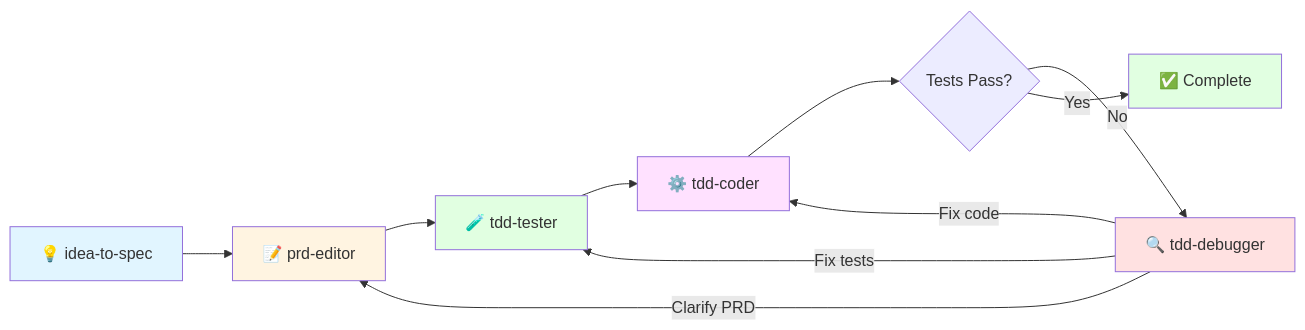
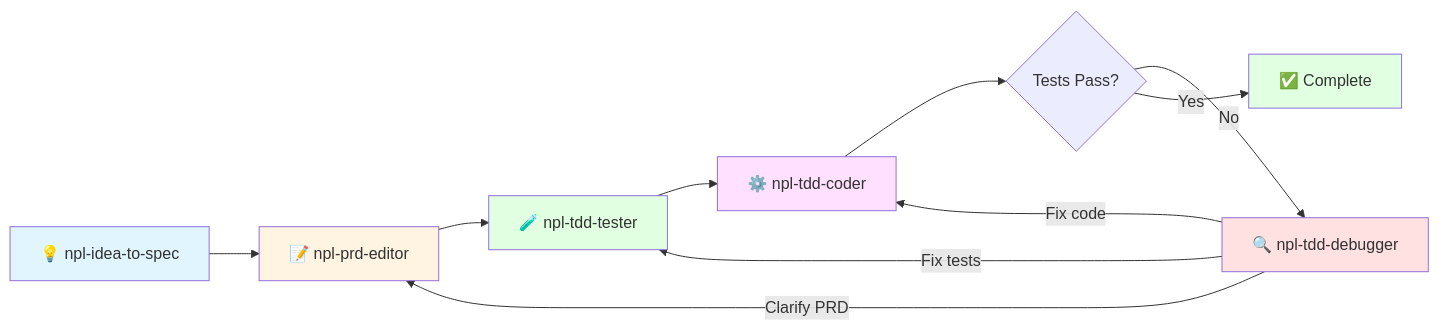
One commit to noizu-labs-ml/NoizuPromptLingo changed the diagram in CLAUDE.md. Above: the diagram before and after it, drawn with Mermaid. The commit also changed other lines of this file and 28 other files, not shown here.

First line of the commit message:
Update architecture and layout maintenance guides

````diff
--- a/CLAUDE.md
+++ b/CLAUDE.md
@@ -167,19 +167,19 @@
 ```mermaid
 flowchart LR
-    A[💡 idea-to-spec] --> B[📝 prd-editor]
-    B --> C[🧪 tdd-tester]
-    C --> D[⚙️ tdd-coder]
+    A[💡 npl-idea-to-spec] --> B[📝 npl-prd-editor]
+    B --> C[🧪 npl-tdd-tester]
+    C --> D[⚙️ npl-tdd-coder]
     D --> E{Tests Pass?}
-    E -->|No| F[🔍 tdd-debugger]
+    E -->|No| F[🔍 npl-tdd-debugger]
     F -->|Fix tests| C
     F -->|Clarify PRD| B
     F -->|Fix code| D
     E -->|Yes| G[✅ Complete]
 
     style A fill:#e1f5ff
     style B fill:#fff4e1
     style C fill:#e1ffe1
     style D fill:#ffe1ff
     style F fill:#ffe1e1
     style G fill:#e1ffe1
 ```
````
